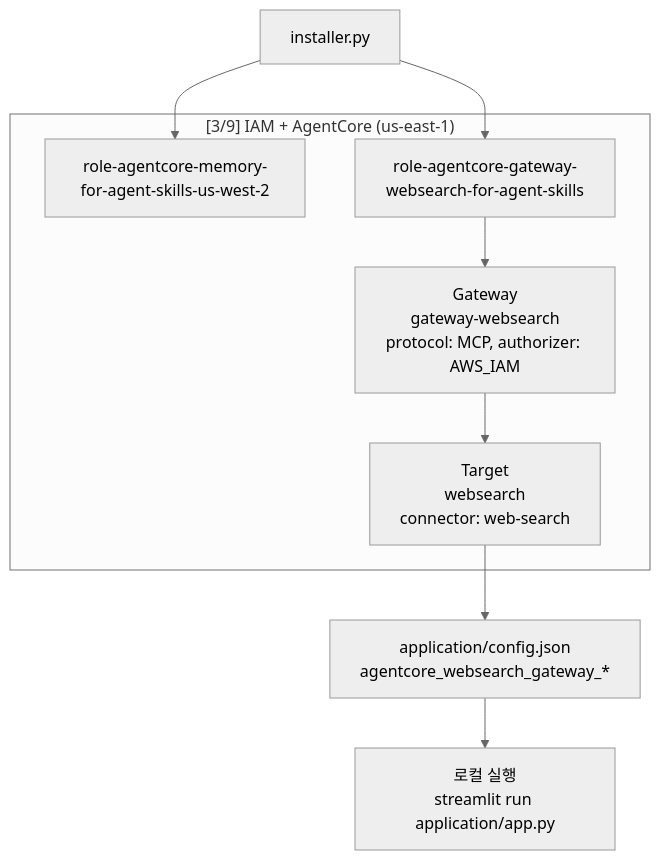
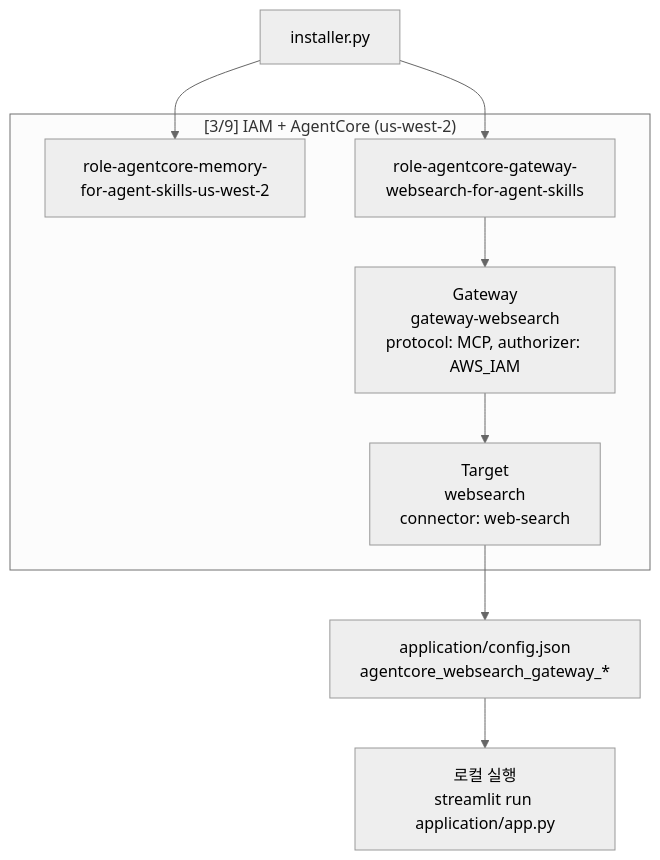
One commit to kyopark2014/agentic-work changed the first of 3 diagrams in websearch.md. Above: the diagram before and after it, drawn with Mermaid (neutral theme). The commit also changed other lines of this file and 8 other files, not shown here.

First line of the commit message:
Move AgentCore websearch gateway to us-west-2.

````diff
--- a/websearch.md
+++ b/websearch.md
@@ -11,21 +11,21 @@
 ```mermaid
 flowchart TB
   INS["installer.py"]
 
-  subgraph Step3["[3/9] IAM + AgentCore (us-east-1)"]
+  subgraph Step3["[3/9] IAM + AgentCore (us-west-2)"]
     MEM["role-agentcore-memory-for-agent-skills-us-west-2"]
     ROLE["role-agentcore-gateway-websearch-for-agent-skills"]
     GW["Gateway\ngateway-websearch\nprotocol: MCP, authorizer: AWS_IAM"]
     TGT["Target\nwebsearch\nconnector: web-search"]
   end
 
   CFG["application/config.json\nagentcore_websearch_gateway_*"]
   RUN["로컬 실행\nstreamlit run application/app.py"]
 
   INS --> MEM
   INS --> ROLE
   ROLE --> GW
   GW --> TGT
   TGT --> CFG
   CFG --> RUN
 ```
````
